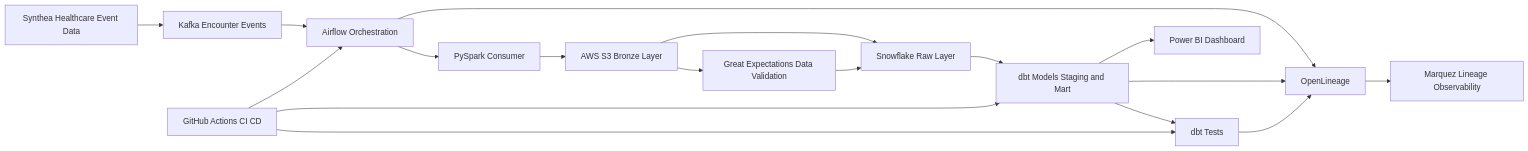
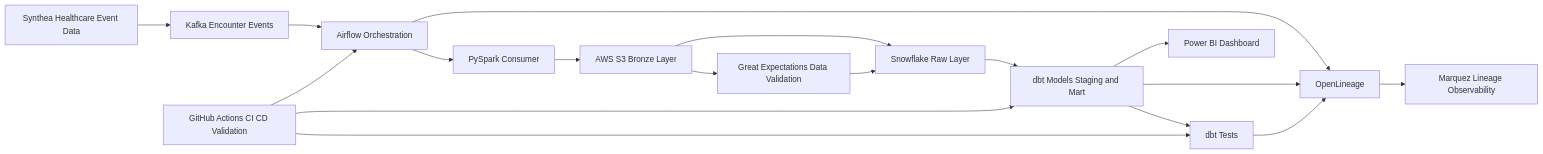
One commit to sanjaydp/healthcare-data-platform changed the diagram in README.md. Above: the diagram before and after it, drawn with Mermaid. The commit also changed other lines of this file, not shown here.

````diff
--- a/README.md
+++ b/README.md
@@ -11,26 +11,26 @@
 ```mermaid
 flowchart LR
     A["Synthea Healthcare Event Data"] --> B["Kafka Encounter Events"]
     B --> C["Airflow Orchestration"]
 
     C --> D["PySpark Consumer"]
     D --> E["AWS S3 Bronze Layer"]
 
     E --> F["Snowflake Raw Layer"]
     F --> G["dbt Models Staging and Mart"]
     G --> H["dbt Tests"]
 
     E --> I["Great Expectations Data Validation"]
     I --> F
 
     G --> J["Power BI Dashboard"]
 
     C --> K["OpenLineage"]
     G --> K
     H --> K
     K --> L["Marquez Lineage Observability"]
 
-    M["GitHub Actions CI CD"] --> C
+    M["GitHub Actions CI CD Validation"] --> C
     M --> G
     M --> H
 ```
````
